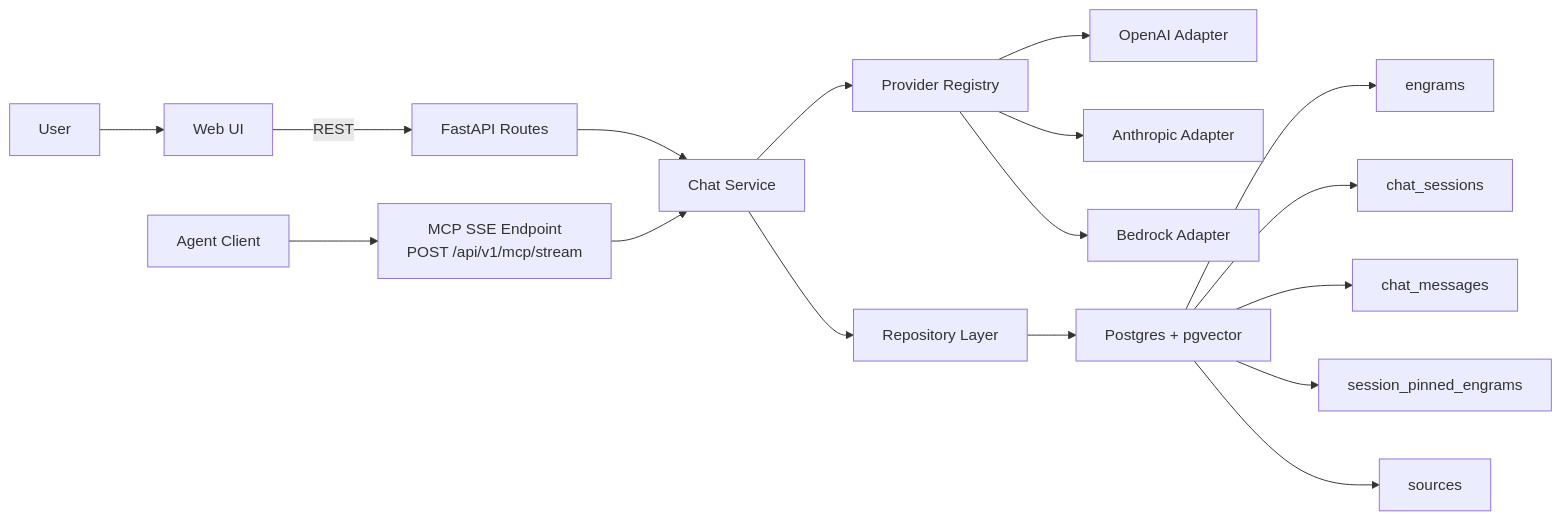
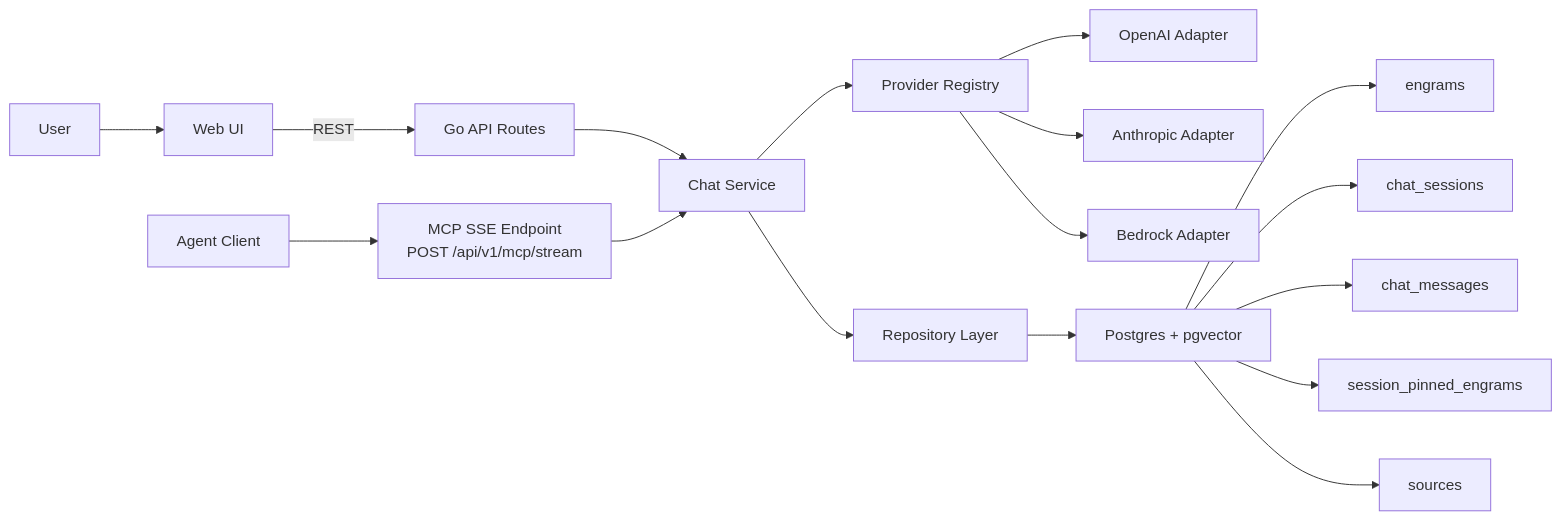
The first of 6 diagrams in docs/architecture-playbook.md (mukundhan94/continuwitty), drawn with Mermaid before and after one commit. The commit also changed 198 other files, not shown here.

````diff
--- a/docs/architecture-playbook.md
+++ b/docs/architecture-playbook.md
@@ -53,23 +53,23 @@
 ```mermaid
 graph LR
     U["User"] --> UI["Web UI"]
     A["Agent Client"] --> MCP["MCP SSE Endpoint\nPOST /api/v1/mcp/stream"]
 
-    UI -->|"REST"| API["FastAPI Routes"]
+    UI -->|"REST"| API["Go API Routes"]
     API --> CHAT["Chat Service"]
     MCP --> CHAT
 
     CHAT --> PR["Provider Registry"]
     PR --> OP["OpenAI Adapter"]
     PR --> AN["Anthropic Adapter"]
     PR --> BR["Bedrock Adapter"]
 
     CHAT --> REPO["Repository Layer"]
     REPO --> DB["Postgres + pgvector"]
 
     DB --> E["engrams"]
     DB --> CS["chat_sessions"]
     DB --> CM["chat_messages"]
     DB --> SP["session_pinned_engrams"]
     DB --> SRC["sources"]
 ```
````
